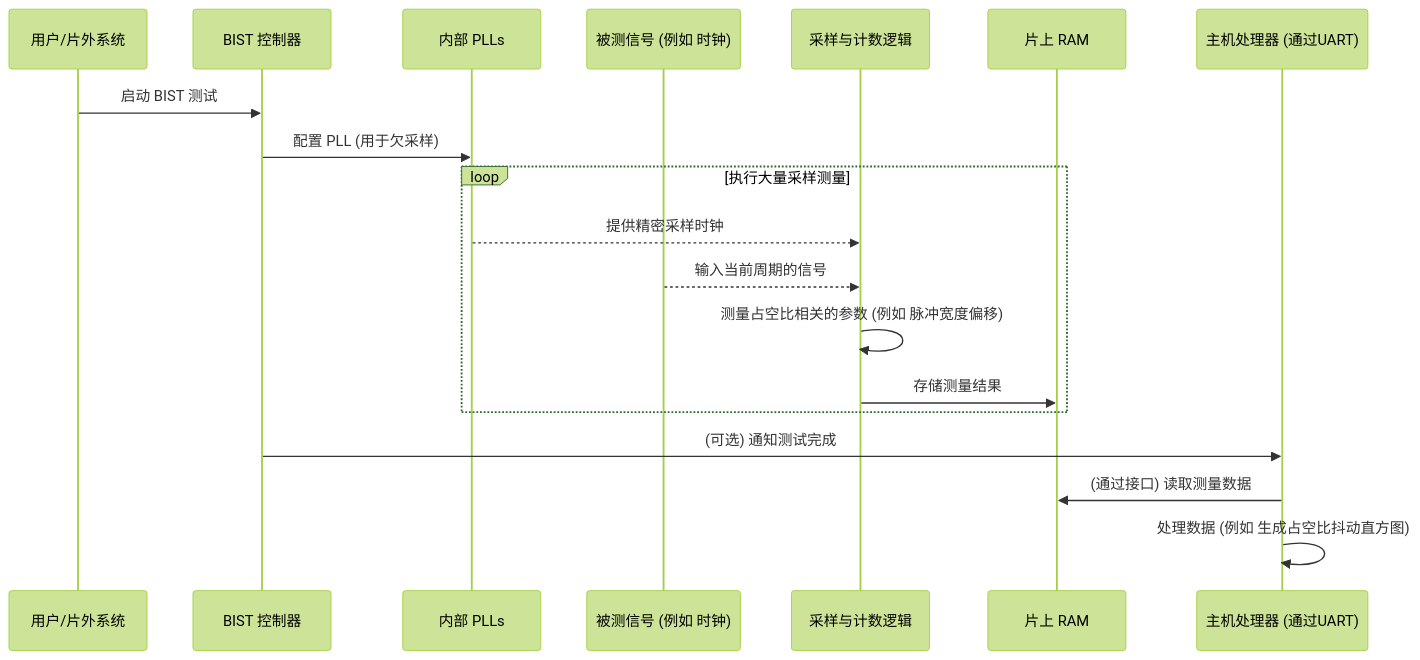
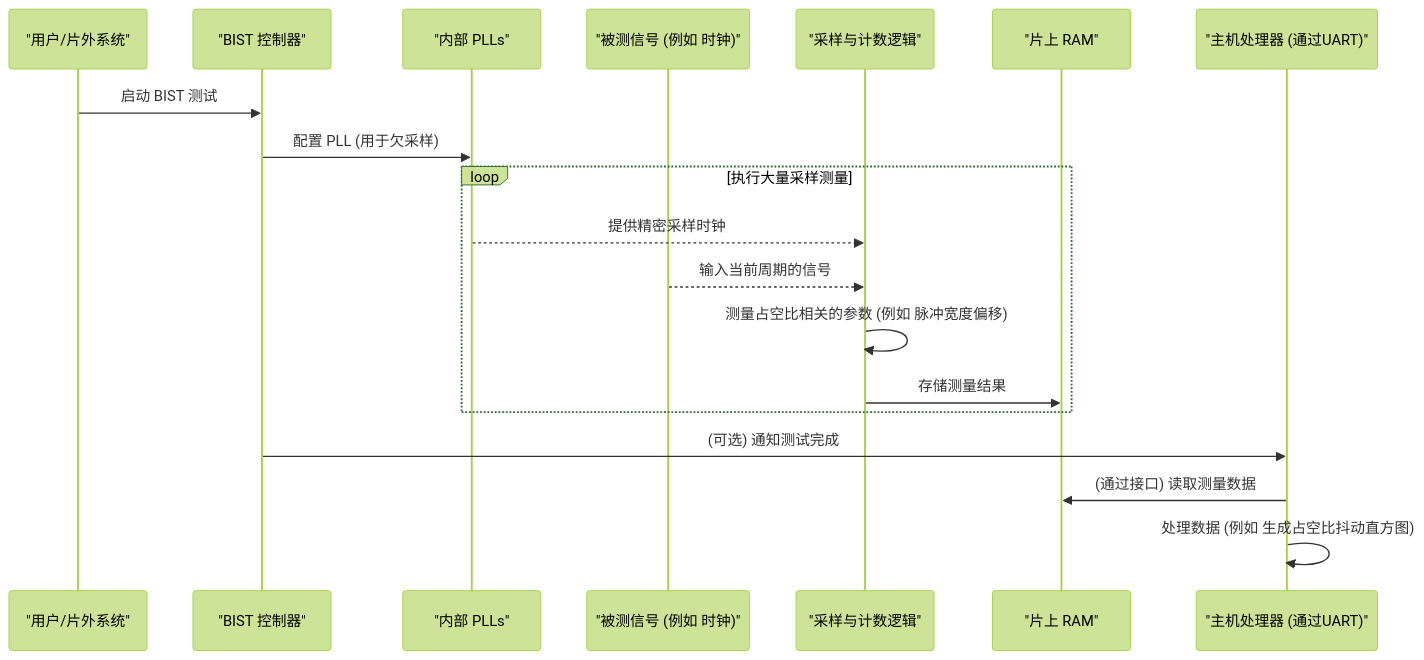
One commit to jueshi/PocketFlow-Tutorial-Codebase-Knowledge changed the third of 3 diagrams in output/Serializer_Deserializer_Component_Design/06_内建自测试__bist__.md. Above: the diagram before and after it, drawn with Mermaid (forest theme). The commit also changed other lines of this file and 282 other files, not shown here.

````diff
--- a/output/Serializer_Deserializer_Component_Design/06_内建自测试__bist__.md
+++ b/output/Serializer_Deserializer_Component_Design/06_内建自测试__bist__.md
@@ -119,22 +119,22 @@
 ```mermaid
 sequenceDiagram
-    participant 用户_或_系统 as 用户/片外系统
-    participant BIST_控制器 as BIST 控制器
-    participant 内部_PLLs as 内部 PLLs
-    participant 被测信号 as 被测信号 (例如 时钟)
-    participant 采样和计数逻辑 as 采样与计数逻辑
-    participant 片上RAM as 片上 RAM
-    participant 主机处理器 as 主机处理器 (通过UART)
+    participant 用户_或_系统 as "用户/片外系统"
+    participant BIST_控制器 as "BIST 控制器"
+    participant 内部_PLLs as "内部 PLLs"
+    participant 被测信号 as "被测信号 (例如 时钟)"
+    participant 采样和计数逻辑 as "采样与计数逻辑"
+    participant 片上RAM as "片上 RAM"
+    participant 主机处理器 as "主机处理器 (通过UART)"
 
     用户_或_系统->>BIST_控制器: 启动 BIST 测试
     BIST_控制器->>内部_PLLs: 配置 PLL (用于欠采样)
     loop 执行大量采样测量
         内部_PLLs-->>采样和计数逻辑: 提供精密采样时钟
         被测信号-->>采样和计数逻辑: 输入当前周期的信号
         采样和计数逻辑->>采样和计数逻辑: 测量占空比相关的参数 (例如 脉冲宽度偏移)
         采样和计数逻辑->>片上RAM: 存储测量结果
     end
     BIST_控制器->>主机处理器: (可选) 通知测试完成
     主机处理器->>片上RAM: (通过接口) 读取测量数据
     主机处理器->>主机处理器: 处理数据 (例如 生成占空比抖动直方图)
 ```
````
